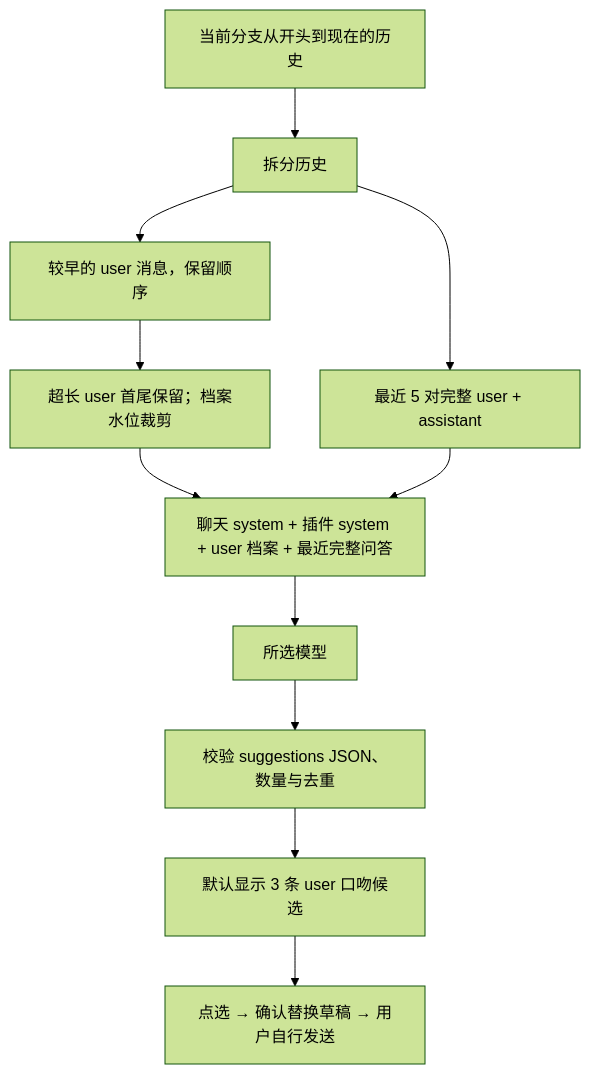
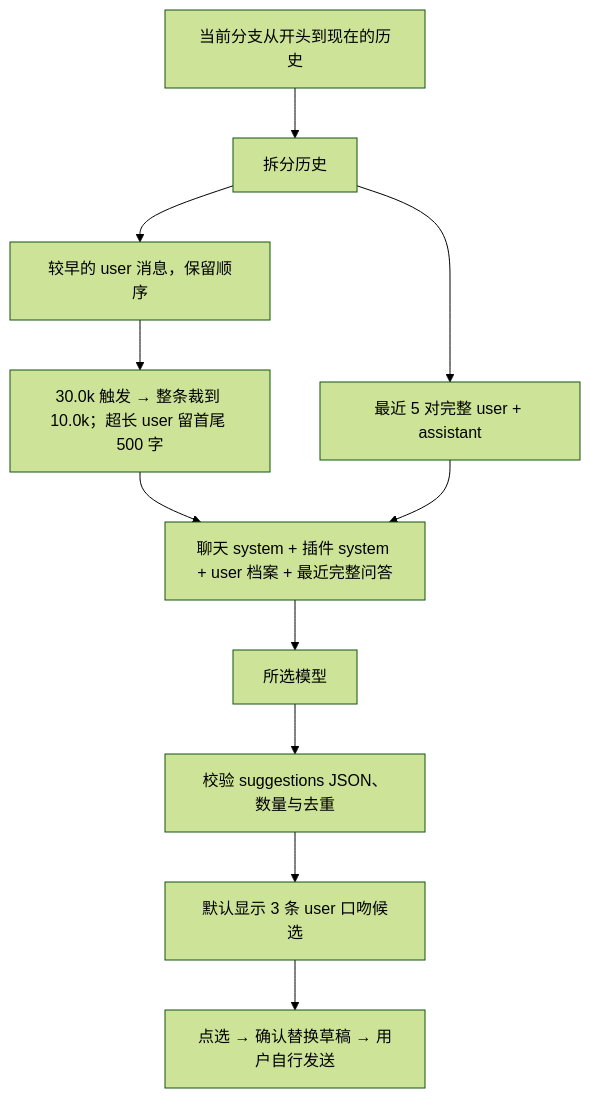
Before and after one commit to ccawmiku/workers-chat: the fifth of 7 diagrams in docs/PLUGINS.md, drawn with Mermaid (forest theme). The commit also changed other lines of this file and 11 other files, not shown here.

````diff
--- a/docs/PLUGINS.md
+++ b/docs/PLUGINS.md
@@ -168,13 +264,13 @@
 ```mermaid
 flowchart TD
     Branch[当前分支从开头到现在的历史] --> Split[拆分历史]
     Split --> Archive[较早的 user 消息，保留顺序]
     Split --> Recent[最近 5 对完整 user + assistant]
-    Archive --> Trim[超长 user 首尾保留；档案水位裁剪]
+    Archive --> Trim[30.0k 触发 → 整条裁到 10.0k；超长 user 留首尾 500 字]
     Trim --> Assemble[聊天 system + 插件 system + user 档案 + 最近完整问答]
     Recent --> Assemble
     Assemble --> Model[所选模型]
     Model --> Validate[校验 suggestions JSON、数量与去重]
     Validate --> UI[默认显示 3 条 user 口吻候选]
     UI --> Draft[点选 → 确认替换草稿 → 用户自行发送]
 ```
````
